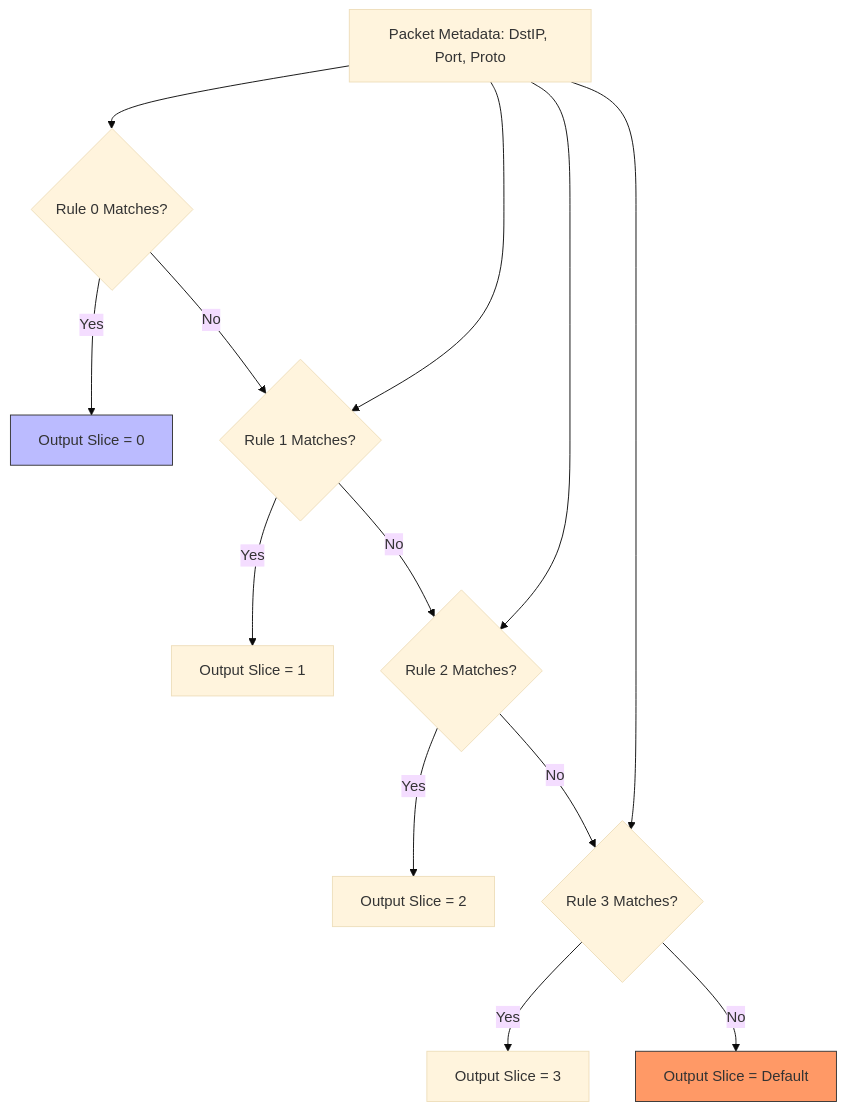
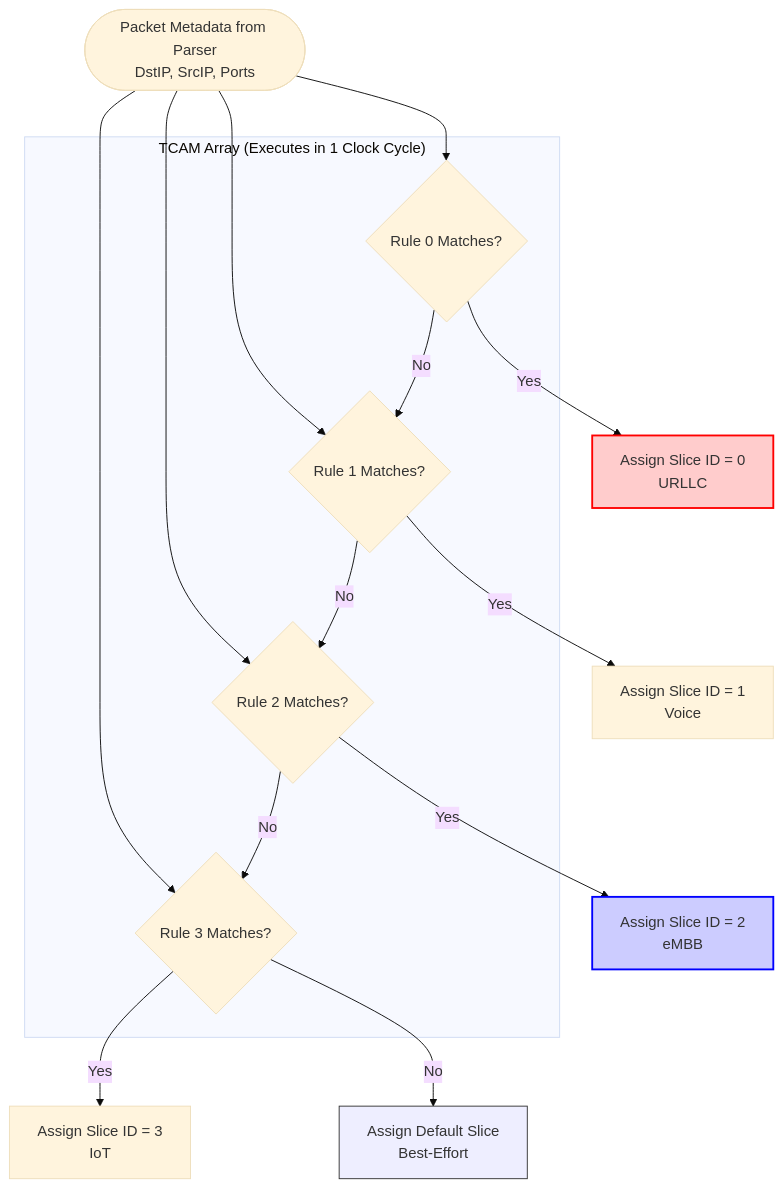
One commit to Ganeshkumara26/SmartNIC changed the diagram in docs/04_flow_classifier.md. Above: the diagram before and after it, drawn with Mermaid (base theme). The commit also changed other lines of this file and 5 other files, not shown here.

Commit message:
docs: Re-write all chunks with brilliant formatting, Mermaid diagrams, and GitHub alerts

````diff
--- a/docs/04_flow_classifier.md
+++ b/docs/04_flow_classifier.md
@@ -25,20 +32,28 @@
 ```mermaid
 flowchart TD
-    A[Packet Metadata: DstIP, Port, Proto] --> R0{Rule 0 Matches?}
-    A --> R1{Rule 1 Matches?}
-    A --> R2{Rule 2 Matches?}
-    A --> R3{Rule 3 Matches?}
+    A([Packet Metadata from Parser<br>DstIP, SrcIP, Ports]) --> R0
+    A --> R1
+    A --> R2
+    A --> R3
+
+    subgraph "TCAM Array (Executes in 1 Clock Cycle)"
+        R0{Rule 0 Matches?}
+        R1{Rule 1 Matches?}
+        R2{Rule 2 Matches?}
+        R3{Rule 3 Matches?}
+    end
     
-    R0 -->|Yes| M0[Output Slice = 0]
-    R1 -->|Yes| M1[Output Slice = 1]
-    R2 -->|Yes| M2[Output Slice = 2]
-    R3 -->|Yes| M3[Output Slice = 3]
+    R0 -->|Yes| M0[Assign Slice ID = 0 <br> URLLC]
+    R1 -->|Yes| M1[Assign Slice ID = 1 <br> Voice]
+    R2 -->|Yes| M2[Assign Slice ID = 2 <br> eMBB]
+    R3 -->|Yes| M3[Assign Slice ID = 3 <br> IoT]
     
     R0 -->|No| R1
     R1 -->|No| R2
     R2 -->|No| R3
-    R3 -->|No| DEF[Output Slice = Default]
+    R3 -->|No| DEF[Assign Default Slice <br> Best-Effort]
     
-    style M0 fill:#bbf,stroke:#333
-    style DEF fill:#f96,stroke:#333
+    style M0 fill:#ffcccc,stroke:#ff0000,stroke-width:2px
+    style M2 fill:#ccccff,stroke:#0000ff,stroke-width:2px
+    style DEF fill:#eef,stroke:#333,stroke-width:1px
 ```
````
